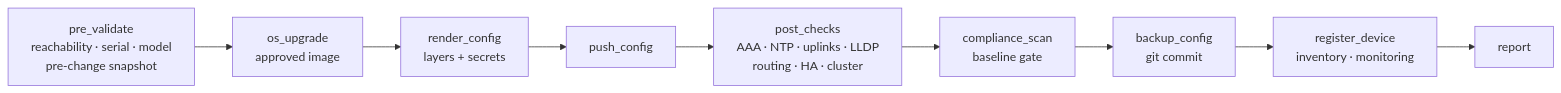
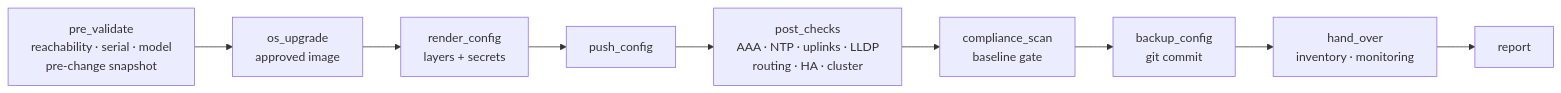
Before and after one commit to youhana-sobhy/Hatch: the third of 3 diagrams in README.md, drawn with Mermaid. The commit also changed other lines of this file and 167 other files, not shown here.

````diff
--- a/README.md
+++ b/README.md
@@ -164,11 +164,11 @@
 ```mermaid
 flowchart LR
     A[pre_validate<br/>reachability · serial · model<br/>pre-change snapshot] --> B[os_upgrade<br/>approved image]
     B --> C[render_config<br/>layers + secrets]
     C --> D[push_config]
     D --> E[post_checks<br/>AAA · NTP · uplinks · LLDP<br/>routing · HA · cluster]
     E --> F[compliance_scan<br/>baseline gate]
     F --> G[backup_config<br/>git commit]
-    G --> H[register_device<br/>inventory · monitoring]
+    G --> H[hand_over<br/>inventory · monitoring]
     H --> I[report]
 ```
````
